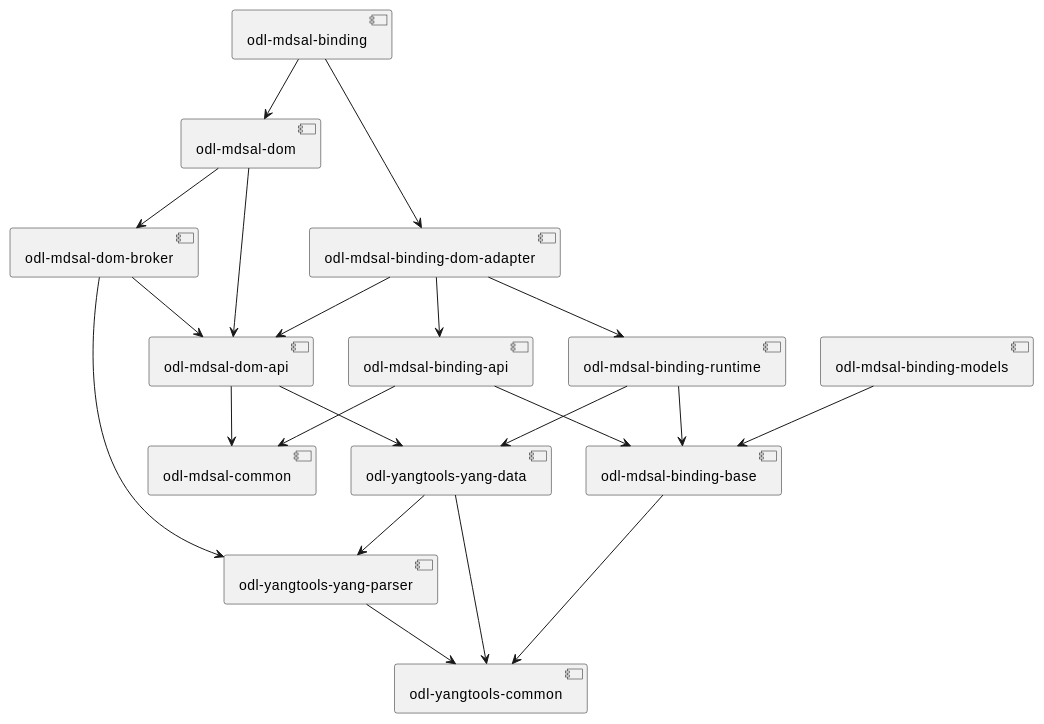
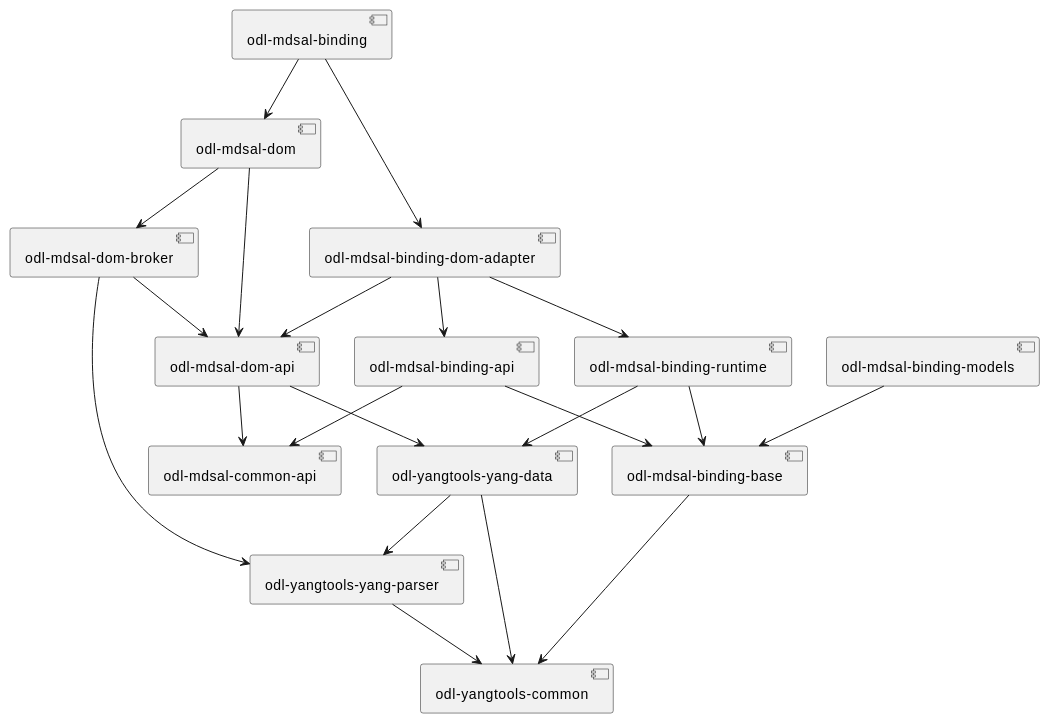
One commit to opendaylight/mdsal changed the diagram in common/features/features-mdsal/README.adoc. Above: the diagram before and after it, drawn with PlantUML. The commit also changed 8 other files, not shown here.

First line of the commit message:
Rename feature to odl-mdsal-common-api

```diff
--- a/common/features/features-mdsal/README.adoc
+++ b/common/features/features-mdsal/README.adoc
@@ -4,51 +4,51 @@
 [plantuml]
 ....
 
 [odl-yangtools-yang-parser] as yang.parser
 [odl-yangtools-yang-data] as yang.data
 [odl-yangtools-common] as common
 
-[odl-mdsal-common] as common.api
+[odl-mdsal-common-api] as common.api
 [odl-mdsal-dom] as dom
 [odl-mdsal-dom-api] as dom.api
 [odl-mdsal-dom-broker] as dom.broker
 [odl-mdsal-binding-base] as binding.base
 [odl-mdsal-binding] as binding
 [odl-mdsal-binding-api] as binding.api
 [odl-mdsal-binding-runtime] as binding.runtime
 [odl-mdsal-binding-dom-adapter] as binding.dom.adapter
 [odl-mdsal-binding-models] as binding.models
 
 
 yang.data --> common
 yang.data --> yang.parser
 yang.parser --> common
 
 dom.api --> yang.data
 dom.api --> common.api
 
 dom.broker --> dom.api
 dom.broker --> yang.parser
 
 
 binding.base --> common
 
 binding.dom.adapter --> binding.api
 binding.dom.adapter --> binding.runtime
 binding.dom.adapter --> dom.api
 
 binding.api --> binding.base
 binding.api --> common.api
 
 binding.runtime --> binding.base
 binding.runtime --> yang.data
 
 binding.models --> binding.base
 
 dom --> dom.broker
 dom --> dom.api
 
 binding --> binding.dom.adapter
 binding --> dom
 
 ....
```
